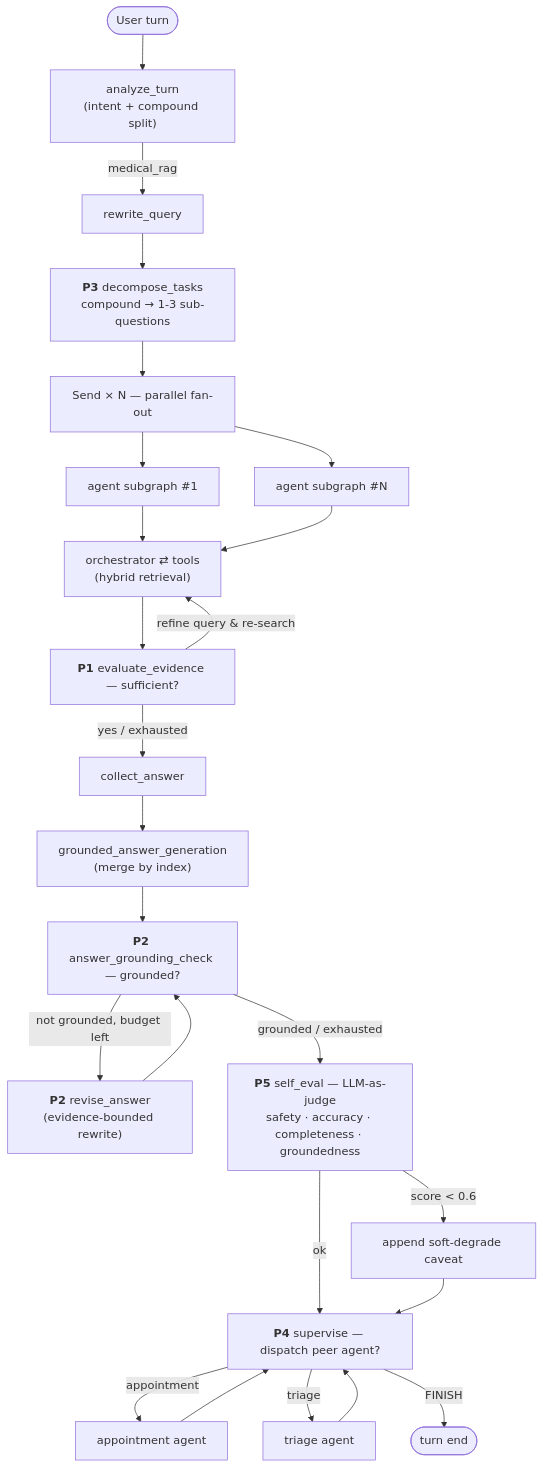
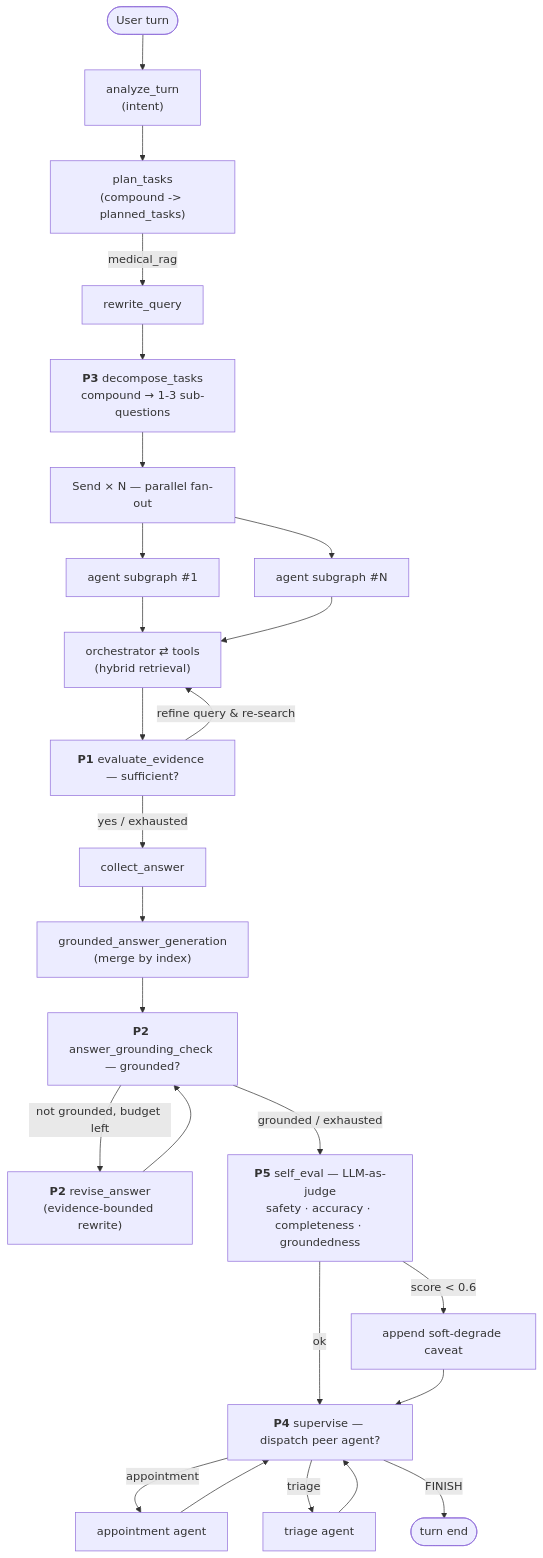
The fifth of 5 diagrams in README.md (ouhuzzh/xinyu-medical-agent), drawn with Mermaid before and after one commit. The commit also changed other lines of this file and 15 other files, not shown here.

````diff
--- a/README.md
+++ b/README.md
@@ -188,27 +188,28 @@
 ```mermaid
 flowchart TD
-    A([User turn]) --> B["analyze_turn<br/>(intent + compound split)"]
-    B -->|medical_rag| C["rewrite_query"]
+    A([User turn]) --> B["analyze_turn<br/>(intent)"]
+    B --> PT["plan_tasks<br/>(compound -> planned_tasks)"]
+    PT -->|medical_rag| C["rewrite_query"]
     C --> D["<b>P3</b> decompose_tasks<br/>compound → 1-3 sub-questions"]
     D --> E["Send × N — parallel fan-out"]
     E --> F1["agent subgraph #1"]
     E --> F2["agent subgraph #N"]
     F1 --> G["orchestrator ⇄ tools<br/>(hybrid retrieval)"]
     F2 --> G
     G --> H["<b>P1</b> evaluate_evidence — sufficient?"]
     H -->|refine query & re-search| G
     H -->|yes / exhausted| I["collect_answer"]
     I --> J["grounded_answer_generation<br/>(merge by index)"]
     J --> K["<b>P2</b> answer_grounding_check — grounded?"]
     K -->|not grounded, budget left| L["<b>P2</b> revise_answer<br/>(evidence-bounded rewrite)"]
     L --> K
     K -->|grounded / exhausted| M["<b>P5</b> self_eval — LLM-as-judge<br/>safety · accuracy · completeness · groundedness"]
     M -->|score &lt; 0.6| N["append soft-degrade caveat"]
     M -->|ok| O
     N --> O["<b>P4</b> supervise — dispatch peer agent?"]
     O -->|appointment| P["appointment agent"]
     O -->|triage| Q["triage agent"]
     O -->|FINISH| Z([turn end])
     P --> O
     Q --> O
 ```
````
